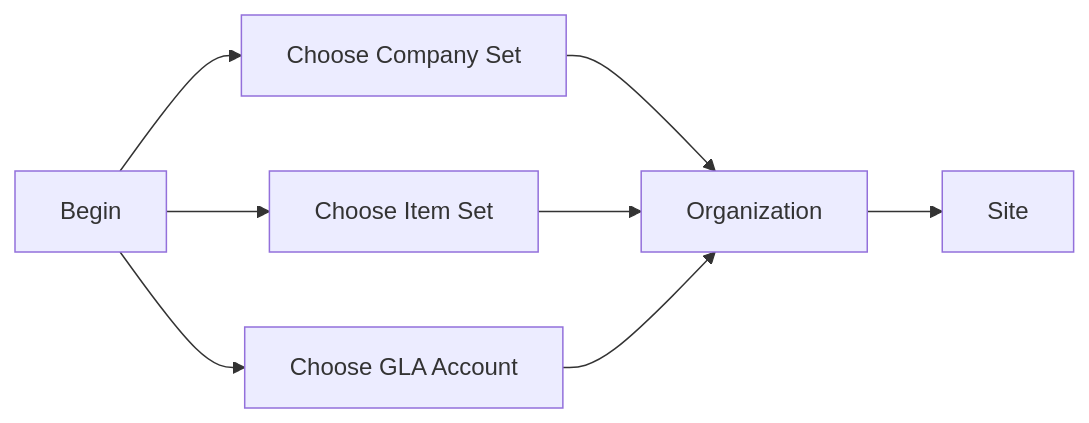
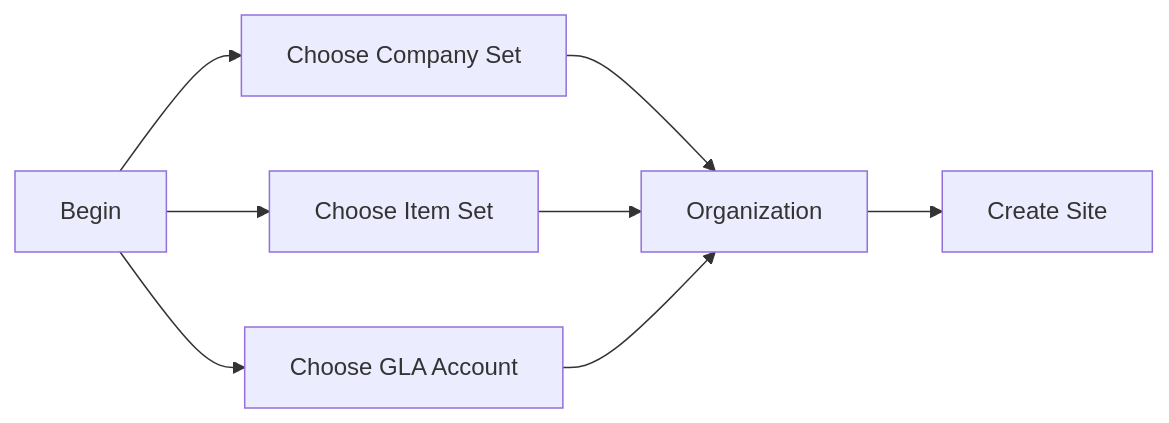
One commit to codersyacht/maximo-knowledge-center changed the diagram in maximo/administration/organizations/01-organization-definition.md. Above: the diagram before and after it, drawn with Mermaid.

Commit message:
01-organization-definition.md

````diff
--- a/maximo/administration/organizations/01-organization-definition.md
+++ b/maximo/administration/organizations/01-organization-definition.md
@@ -13,10 +13,10 @@
 ```mermaid
 graph LR
 A[Begin]-->B[Choose Company Set]
 A[Begin]-->C[Choose Item Set]
 A[Begin]-->D[Choose GLA Account]
 B-->E[Organization]
 C-->E
 D-->E
-E-->F[Site]
+E-->F[Create Site]
 ```
````
